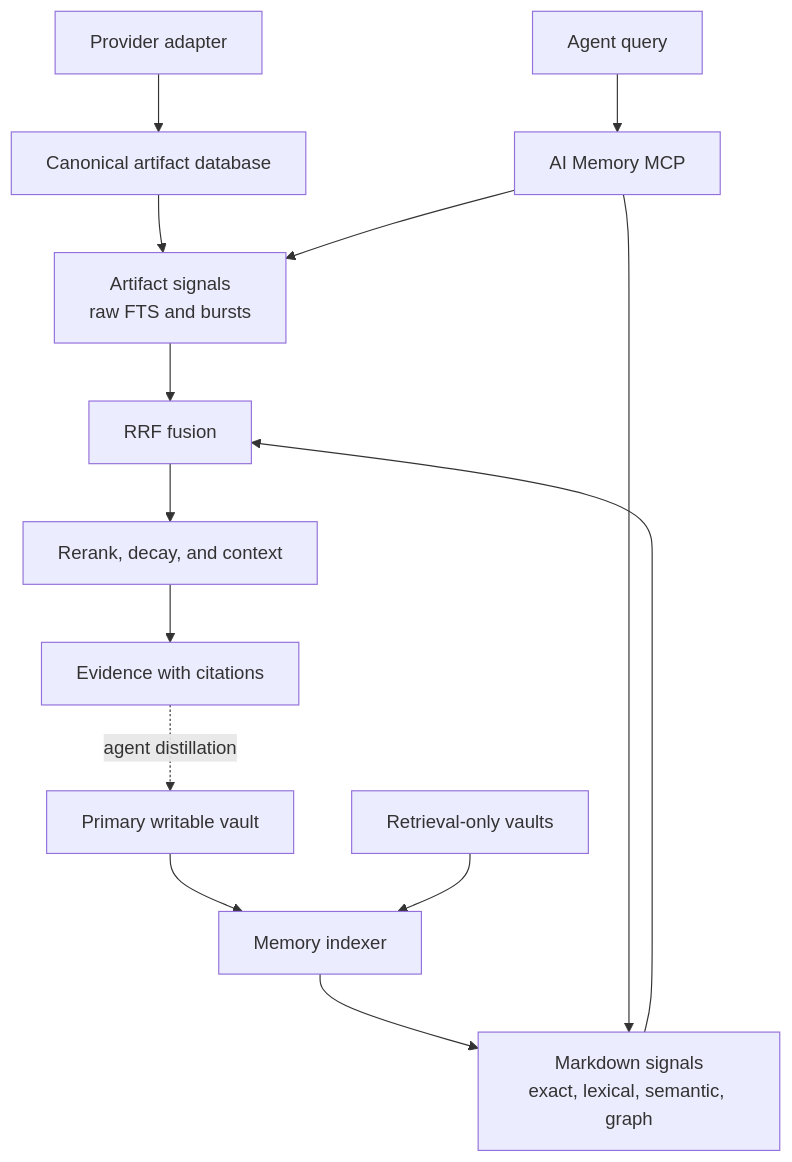
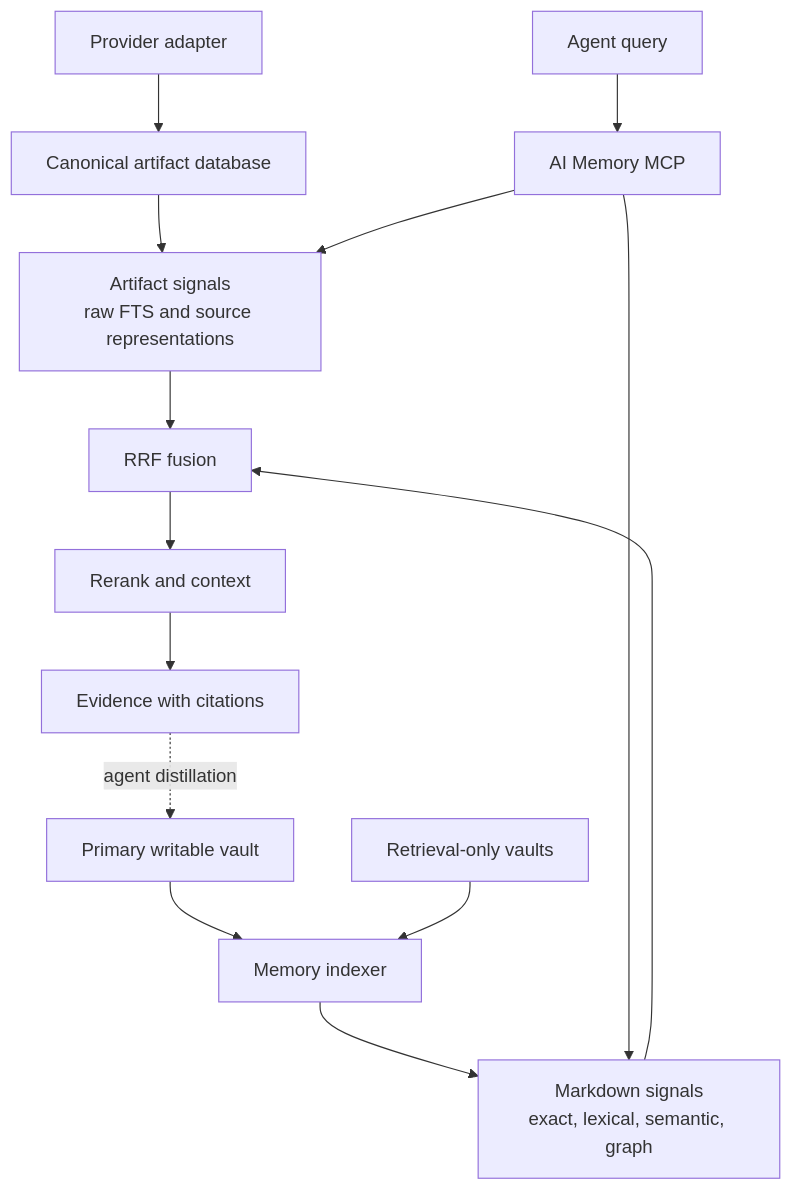
One commit to moorej2400/ai-memory-mcp changed the diagram in docs/architecture.md. Above: the diagram before and after it, drawn with Mermaid. The commit also changed other lines of this file and 59 other files, not shown here.

````diff
--- a/docs/architecture.md
+++ b/docs/architecture.md
@@ -50,16 +54,16 @@
 ```mermaid
 flowchart TB
     C["Provider adapter"] --> D["Canonical artifact database"]
     P["Primary writable vault"] --> I["Memory indexer"]
     A["Retrieval-only vaults"] --> I
     I --> MdSignals["Markdown signals<br/>exact, lexical, semantic, graph"]
-    D --> ArtSignals["Artifact signals<br/>raw FTS and bursts"]
+    D --> ArtSignals["Artifact signals<br/>raw FTS and source representations"]
     Q["Agent query"] --> S["AI Memory MCP"]
     S --> MdSignals
     S --> ArtSignals
     MdSignals --> F["RRF fusion"]
     ArtSignals --> F
-    F --> R["Rerank, decay, and context"]
+    F --> R["Rerank and context"]
     R --> E["Evidence with citations"]
     E -. agent distillation .-> P
 ```
````
